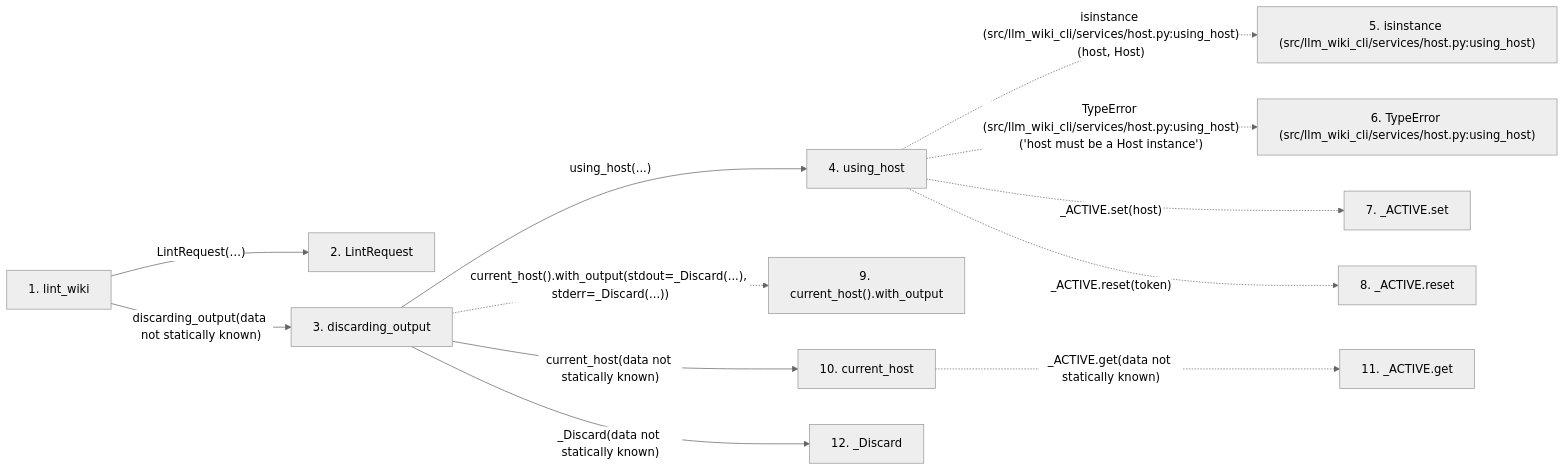
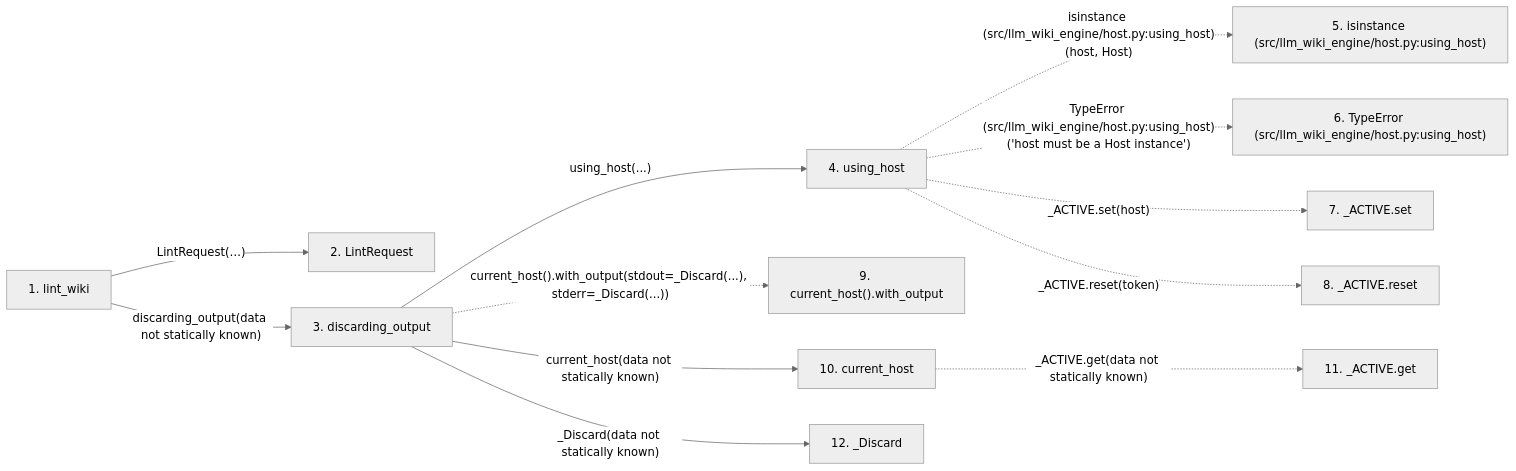
Before and after one commit to Denissvgn/python-wiki-llm: the second of 2 diagrams in docs/llm_wiki/flows/api-lint_wiki.md, drawn with Mermaid (neutral theme). The commit also changed other lines of this file and 1103 other files, not shown here.

First line of the commit message:
docs: refresh the wiki for the llm-wiki-engine distribution

````diff
--- a/docs/llm_wiki/flows/api-lint_wiki.md
+++ b/docs/llm_wiki/flows/api-lint_wiki.md
@@ -176,32 +176,32 @@
 ```mermaid
 flowchart LR
     s1["1. lint_wiki"]
     s2["2. LintRequest"]
     s3["3. discarding_output"]
     s4["4. using_host"]
-    s5["5. isinstance (src/llm_wiki_cli/services/host.py:using_host)"]
-    s6["6. TypeError (src/llm_wiki_cli/services/host.py:using_host)"]
+    s5["5. isinstance (src/llm_wiki_engine/host.py:using_host)"]
+    s6["6. TypeError (src/llm_wiki_engine/host.py:using_host)"]
     s7["7. _ACTIVE.set"]
     s8["8. _ACTIVE.reset"]
     s9["9. current_host().with_output"]
     s10["10. current_host"]
     s11["11. _ACTIVE.get"]
     s12["12. _Discard"]
     s1 -->|"LintRequest(…)"| s2
     s1 -->|"discarding_output(data not statically known)"| s3
     s3 -->|"using_host(...)"| s4
-    s4 -. "isinstance (src/llm_wiki_cli/services/host.py:using_host)(host, Host)" .-> s5
-    s4 -. "TypeError (src/llm_wiki_cli/services/host.py:using_host)('host must be a Host instance')" .-> s6
+    s4 -. "isinstance (src/llm_wiki_engine/host.py:using_host)(host, Host)" .-> s5
+    s4 -. "TypeError (src/llm_wiki_engine/host.py:using_host)('host must be a Host instance')" .-> s6
     s4 -. "_ACTIVE.set(host)" .-> s7
     s4 -. "_ACTIVE.reset(token)" .-> s8
     s3 -. "current_host().with_output(stdout=_Discard(...), stderr=_Discard(...))" .-> s9
     s3 -->|"current_host(data not statically known)"| s10
     s10 -. "_ACTIVE.get(data not statically known)" .-> s11
     s3 -->|"_Discard(data not statically known)"| s12
     click s1 "../modules/api.md"
     click s2 "../modules/lint_request.md"
     click s3 "../modules/host.md"
     click s4 "../modules/host.md"
     click s10 "../modules/host.md"
     click s12 "../modules/host.md"
 ```
````
